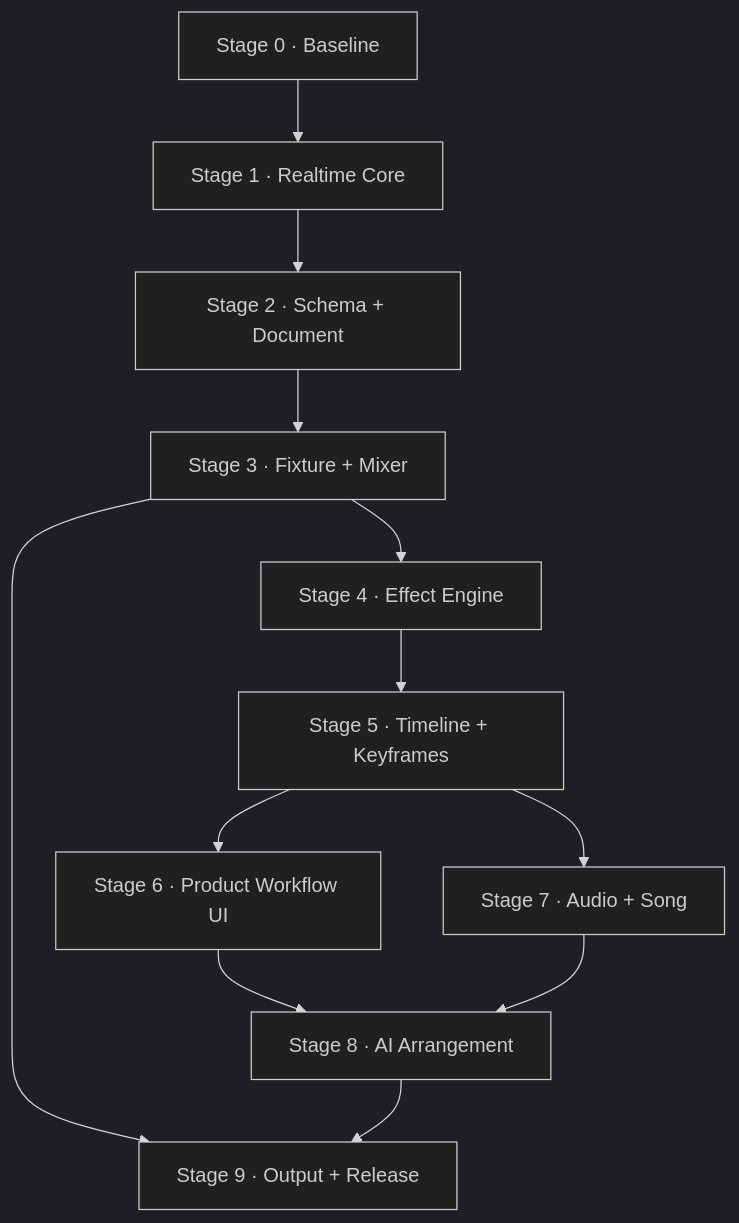
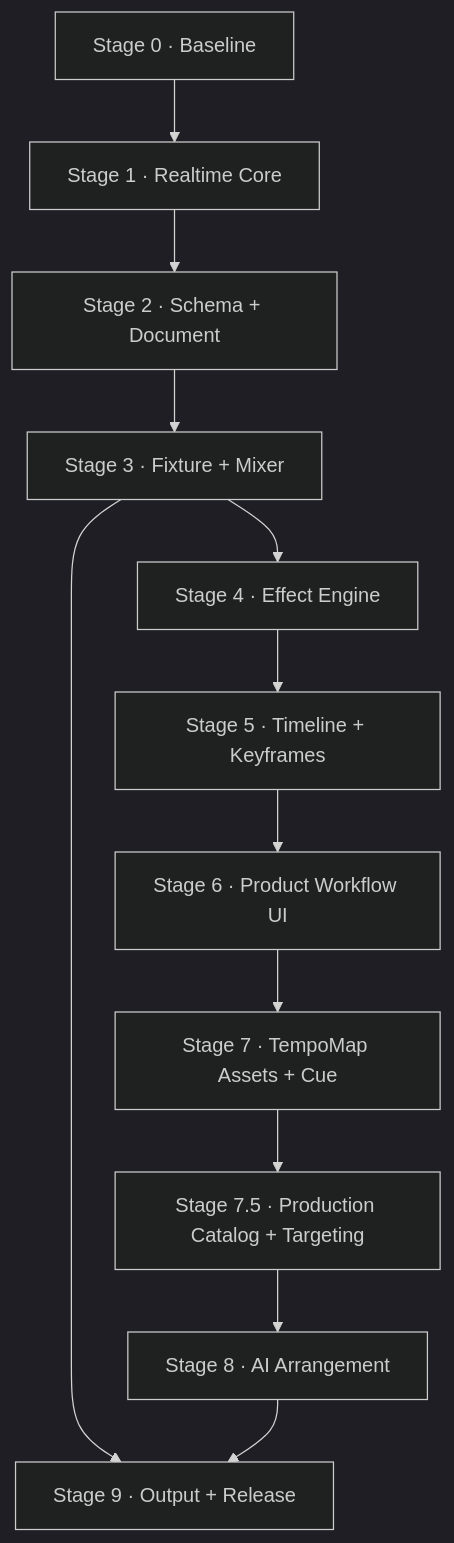
One commit to matozz/lumina-ai changed the second of 3 diagrams in docs/lumina-overhaul-plan.md. Above: the diagram before and after it, drawn with Mermaid (dark theme). The commit also changed other lines of this file and 4 other files, not shown here.

Commit message:
docs(plan): 📝 supersede audio-driven Stage 7

````diff
--- a/docs/lumina-overhaul-plan.md
+++ b/docs/lumina-overhaul-plan.md
@@ -205,14 +209,14 @@
 ```mermaid
 flowchart TD
     S0["Stage 0 · Baseline"] --> S1["Stage 1 · Realtime Core"]
     S1 --> S2["Stage 2 · Schema + Document"]
     S2 --> S3["Stage 3 · Fixture + Mixer"]
     S3 --> S4["Stage 4 · Effect Engine"]
     S4 --> S5["Stage 5 · Timeline + Keyframes"]
     S5 --> S6["Stage 6 · Product Workflow UI"]
-    S5 --> S7["Stage 7 · Audio + Song"]
-    S6 --> S8["Stage 8 · AI Arrangement"]
-    S7 --> S8
+    S6 --> S7["Stage 7 · TempoMap Assets + Cue"]
+    S7 --> S75["Stage 7.5 · Production Catalog + Targeting"]
+    S75 --> S8["Stage 8 · AI Arrangement"]
     S3 --> S9["Stage 9 · Output + Release"]
     S8 --> S9
 ```
````
